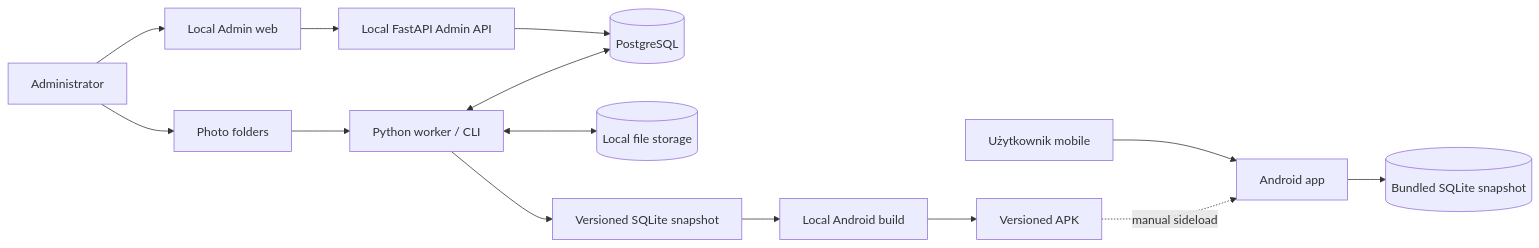
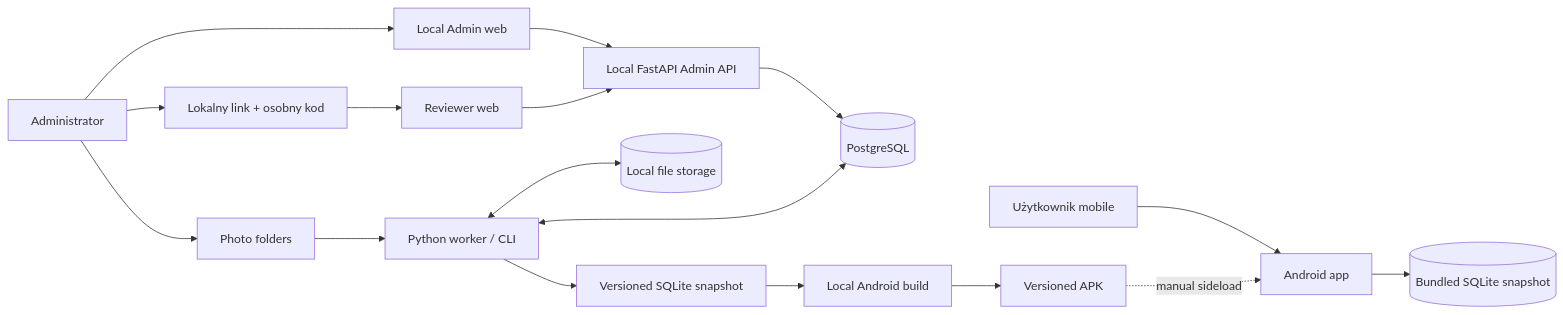
Before and after one commit to tuszynski-michal/game_predicotr: the first of 4 diagrams in ai_docs/architecture/SYSTEM_ARCHITECTURE.md, drawn with Mermaid. The commit also changed other lines of this file and 155 other files, not shown here.

````diff
--- a/ai_docs/architecture/SYSTEM_ARCHITECTURE.md
+++ b/ai_docs/architecture/SYSTEM_ARCHITECTURE.md
@@ -11,18 +11,21 @@
 ```mermaid
 flowchart LR
     MU["Użytkownik mobile"] --> M["Android app"]
     M --> SDB[("Bundled SQLite snapshot")]
 
     A["Administrator"] --> W["Local Admin web"]
     W --> API["Local FastAPI Admin API"]
     API --> PG[("PostgreSQL")]
+    A --> LINK["Lokalny link + osobny kod"]
+    LINK --> R["Reviewer web"]
+    R --> API
 
     A --> F["Photo folders"]
     F --> WORKER["Python worker / CLI"]
     WORKER <--> PG
     WORKER <--> FS[("Local file storage")]
     WORKER --> SNAP["Versioned SQLite snapshot"]
     SNAP --> BUILD["Local Android build"]
     BUILD --> APK["Versioned APK"]
     APK -. "manual sideload" .-> M
 ```
````
